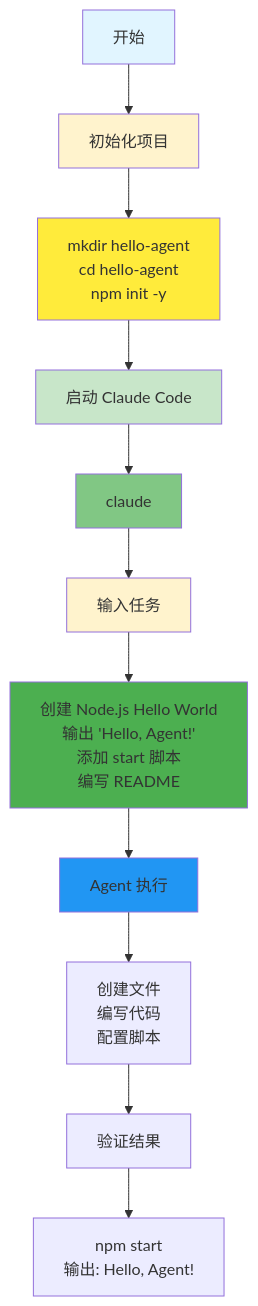
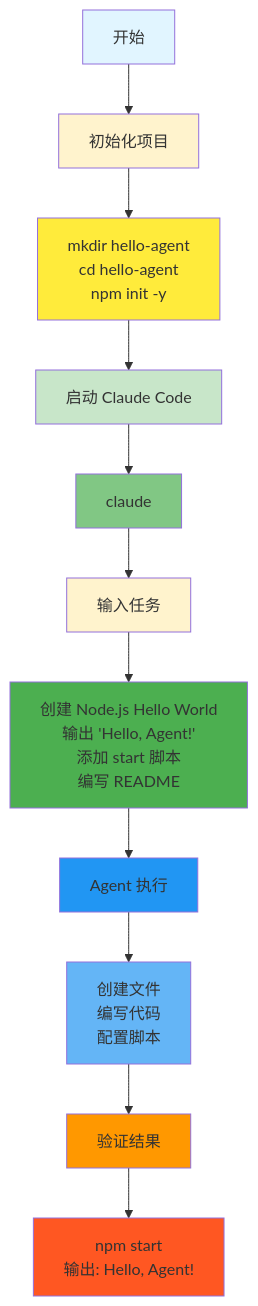
One commit to Jasper-Wynn/agent-doc changed the first of 4 diagrams in demos/hello-world.md. Above: the diagram before and after it, drawn with Mermaid. The commit also changed 3 other files, not shown here.

First line of the commit message:
fix: remove extra quotes in mermaid style declarations

````diff
--- a/demos/hello-world.md
+++ b/demos/hello-world.md
@@ -13,29 +13,29 @@
 ```mermaid
 flowchart TD
     A[开始] --> B[初始化项目]
     B --> C[mkdir hello-agent<br/>cd hello-agent<br/>npm init -y]
 
     C --> D[启动 Claude Code]
     D --> E["claude"]
 
     E --> F[输入任务]
     F --> G["创建 Node.js Hello World<br/>输出 'Hello, Agent!'<br/>添加 start 脚本<br/>编写 README"]
 
     G --> H[Agent 执行]
     H --> I[创建文件<br/>编写代码<br/>配置脚本]
 
     I --> J[验证结果]
     J --> K["npm start<br/>输出: Hello, Agent!"]
 
     style A fill:#e1f5ff
     style B fill:#fff3cd
     style C fill:#ffeb3b
     style D fill:#c8e6c9
     style E fill:#81c784
     style F fill:#fff3cd
     style G fill:#4caf50
     style H fill:#2196f3
-    style I fill:#64b5f6"
-    style J fill:#ff9800"
-    style K fill:#ff5722"
+    style I fill:#64b5f6
+    style J fill:#ff9800
+    style K fill:#ff5722
 ```
````
